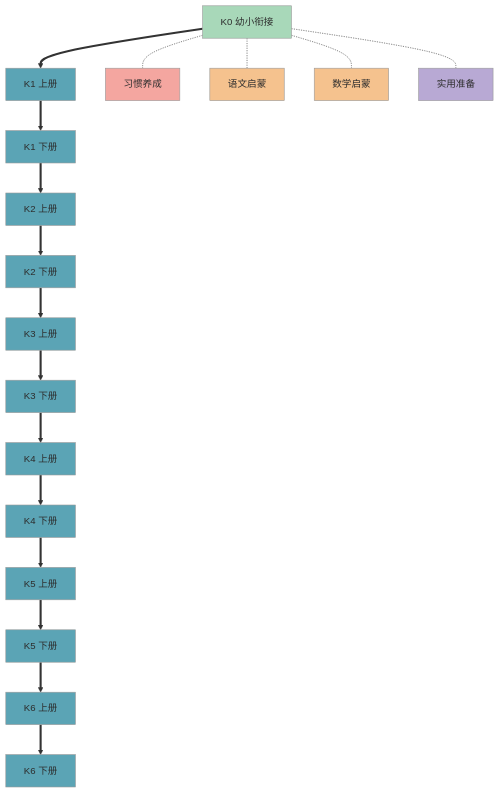
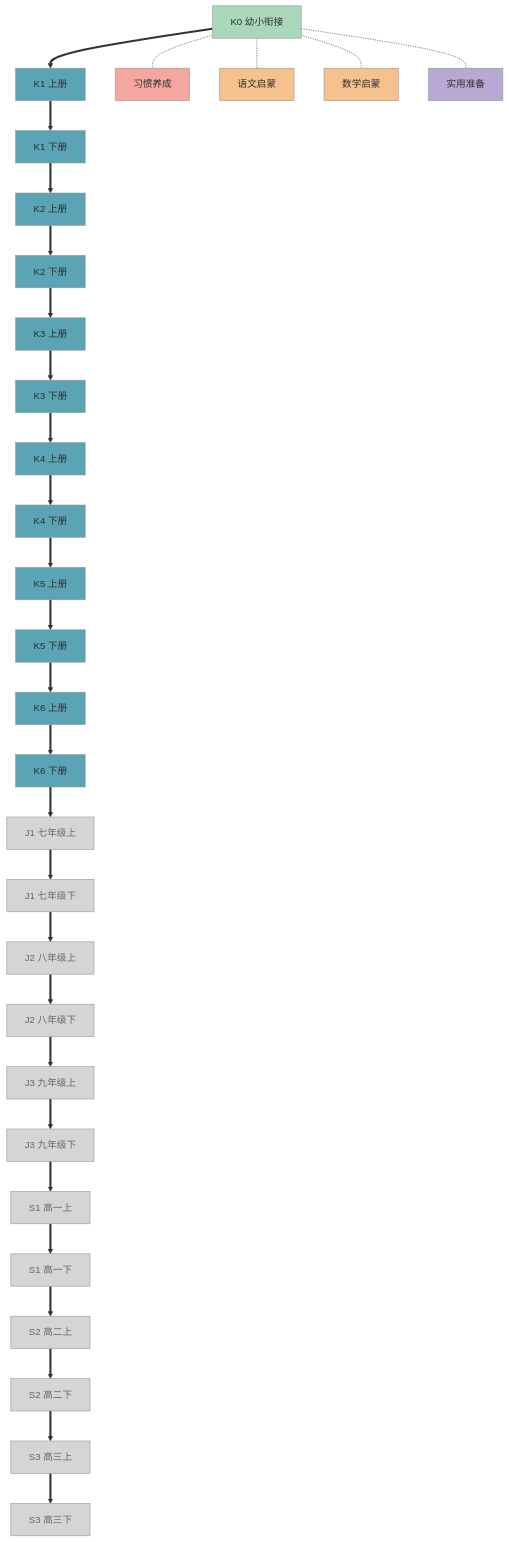
One commit to felixfw11/edu-atlas changed the diagram in OVERVIEW.md. Above: the diagram before and after it, drawn with Mermaid. The commit also changed other lines of this file and 3 other files, not shown here.

````diff
--- a/OVERVIEW.md
+++ b/OVERVIEW.md
@@ -19,26 +19,41 @@
 ```mermaid
 graph TD
     classDef default fill:#5BA4B5,stroke:#999,color:#2D2D2D
     classDef key fill:#F4A6A0,stroke:#999,color:#2D2D2D
     classDef tip fill:#F5C28E,stroke:#999,color:#2D2D2D
     classDef adv fill:#B8A9D4,stroke:#999,color:#2D2D2D
     classDef done fill:#A8D8B9,stroke:#999,color:#2D2D2D
+    classDef future fill:#D5D5D5,stroke:#999,color:#666
 
     K0[K0 幼小衔接]:::done ==> K1U[K1 上册]:::default
     K1U ==> K1D[K1 下册]:::default
     K1D ==> K2U[K2 上册]:::default
     K2U ==> K2D[K2 下册]:::default
     K2D ==> K3U[K3 上册]:::default
     K3U ==> K3D[K3 下册]:::default
     K3D ==> K4U[K4 上册]:::default
     K4U ==> K4D[K4 下册]:::default
     K4D ==> K5U[K5 上册]:::default
     K5U ==> K5D[K5 下册]:::default
     K5D ==> K6U[K6 上册]:::default
     K6U ==> K6D[K6 下册]:::default
 
+    K6D ==> J1U[J1 七年级上]:::future
+    J1U ==> J1D[J1 七年级下]:::future
+    J1D ==> J2U[J2 八年级上]:::future
+    J2U ==> J2D[J2 八年级下]:::future
+    J2D ==> J3U[J3 九年级上]:::future
+    J3U ==> J3D[J3 九年级下]:::future
+
+    J3D ==> S1U[S1 高一上]:::future
+    S1U ==> S1D[S1 高一下]:::future
+    S1D ==> S2U[S2 高二上]:::future
+    S2U ==> S2D[S2 高二下]:::future
+    S2D ==> S3U[S3 高三上]:::future
+    S3U ==> S3D[S3 高三下]:::future
+
     K0 -.- H0[习惯养成]:::key
     K0 -.- C0[语文启蒙]:::tip
     K0 -.- M0[数学启蒙]:::tip
     K0 -.- P0[实用准备]:::adv
 ```
````
